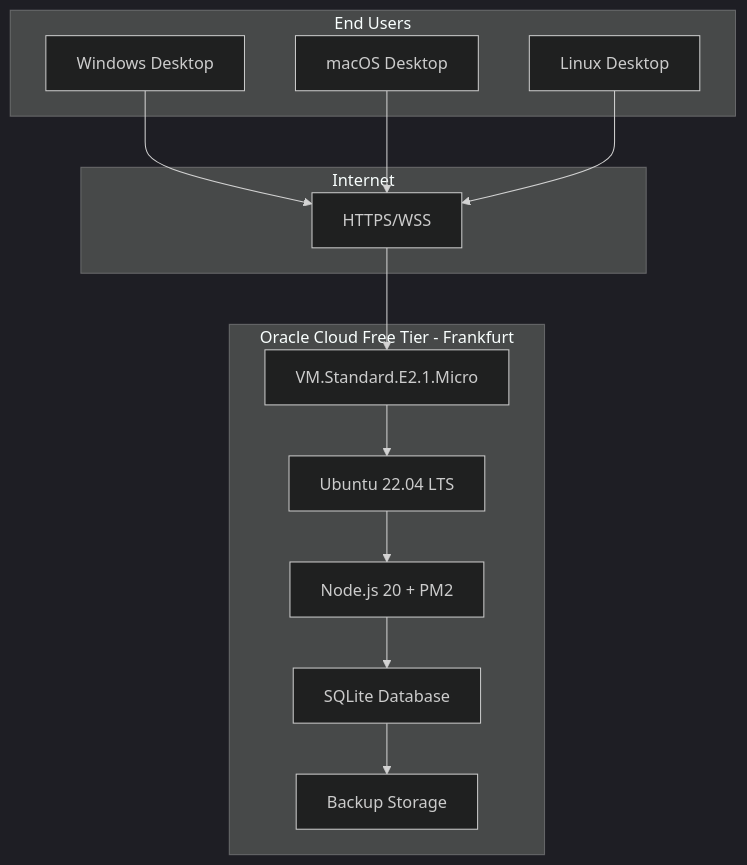
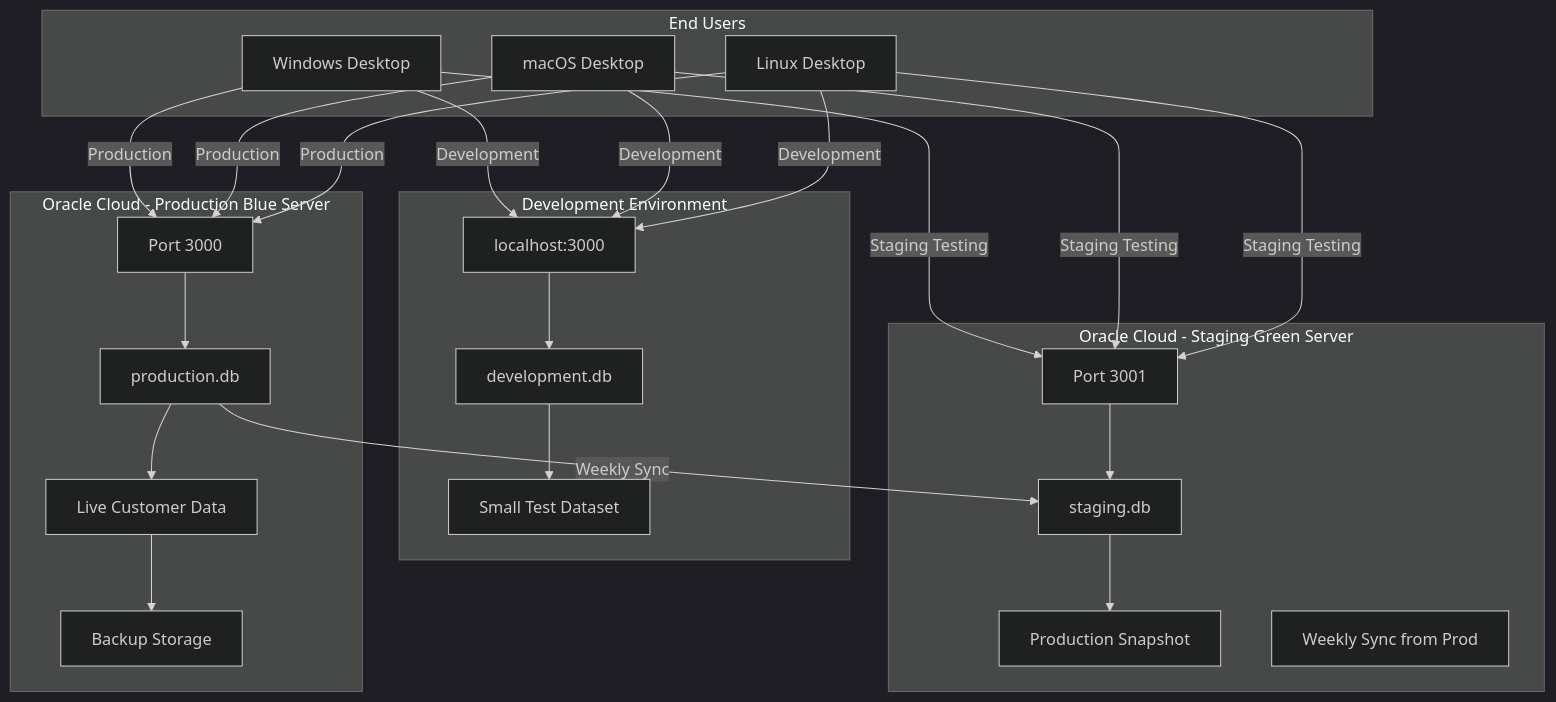
Diagram 11 of 12 in ARCHITECTURE.md (Maxwellbadger-1/TimeTracking-Clean), drawn with Mermaid (dark theme) before and after one commit. The commit also changed other lines of this file and 1 other file, not shown here.

First line of the commit message:
docs: Update core docs with 3-tier environment architecture

````diff
--- a/ARCHITECTURE.md
+++ b/ARCHITECTURE.md
@@ -1217,29 +1219,51 @@
 ```mermaid
 graph TB
     subgraph "End Users"
         A1[Windows Desktop]
         A2[macOS Desktop]
         A3[Linux Desktop]
     end
 
-    subgraph "Internet"
-        B[HTTPS/WSS]
+    subgraph "Development Environment"
+        DEV1[localhost:3000]
+        DEV2[development.db]
+        DEV3[Small Test Dataset]
     end
 
-    subgraph "Oracle Cloud Free Tier - Frankfurt"
-        C[VM.Standard.E2.1.Micro]
-        D[Ubuntu 22.04 LTS]
-        E[Node.js 20 + PM2]
-        F[SQLite Database]
-        G[Backup Storage]
+    subgraph "Oracle Cloud - Staging Green Server"
+        STG1[Port 3001]
+        STG2[staging.db]
+        STG3[Production Snapshot]
+        STG4[Weekly Sync from Prod]
     end
 
-    A1 --> B
-    A2 --> B
-    A3 --> B
-    B --> C
-    C --> D
-    D --> E
-    E --> F
-    F --> G
+    subgraph "Oracle Cloud - Production Blue Server"
+        PROD1[Port 3000]
+        PROD2[production.db]
+        PROD3[Live Customer Data]
+        PROD4[Backup Storage]
+    end
+
+    A1 -->|Development| DEV1
+    A2 -->|Development| DEV1
+    A3 -->|Development| DEV1
+
+    A1 -->|Staging Testing| STG1
+    A2 -->|Staging Testing| STG1
+    A3 -->|Staging Testing| STG1
+
+    A1 -->|Production| PROD1
+    A2 -->|Production| PROD1
+    A3 -->|Production| PROD1
+
+    DEV1 --> DEV2
+    DEV2 --> DEV3
+
+    STG1 --> STG2
+    STG2 --> STG3
+    PROD2 -->|Weekly Sync| STG2
+
+    PROD1 --> PROD2
+    PROD2 --> PROD3
+    PROD3 --> PROD4
 ```
````
